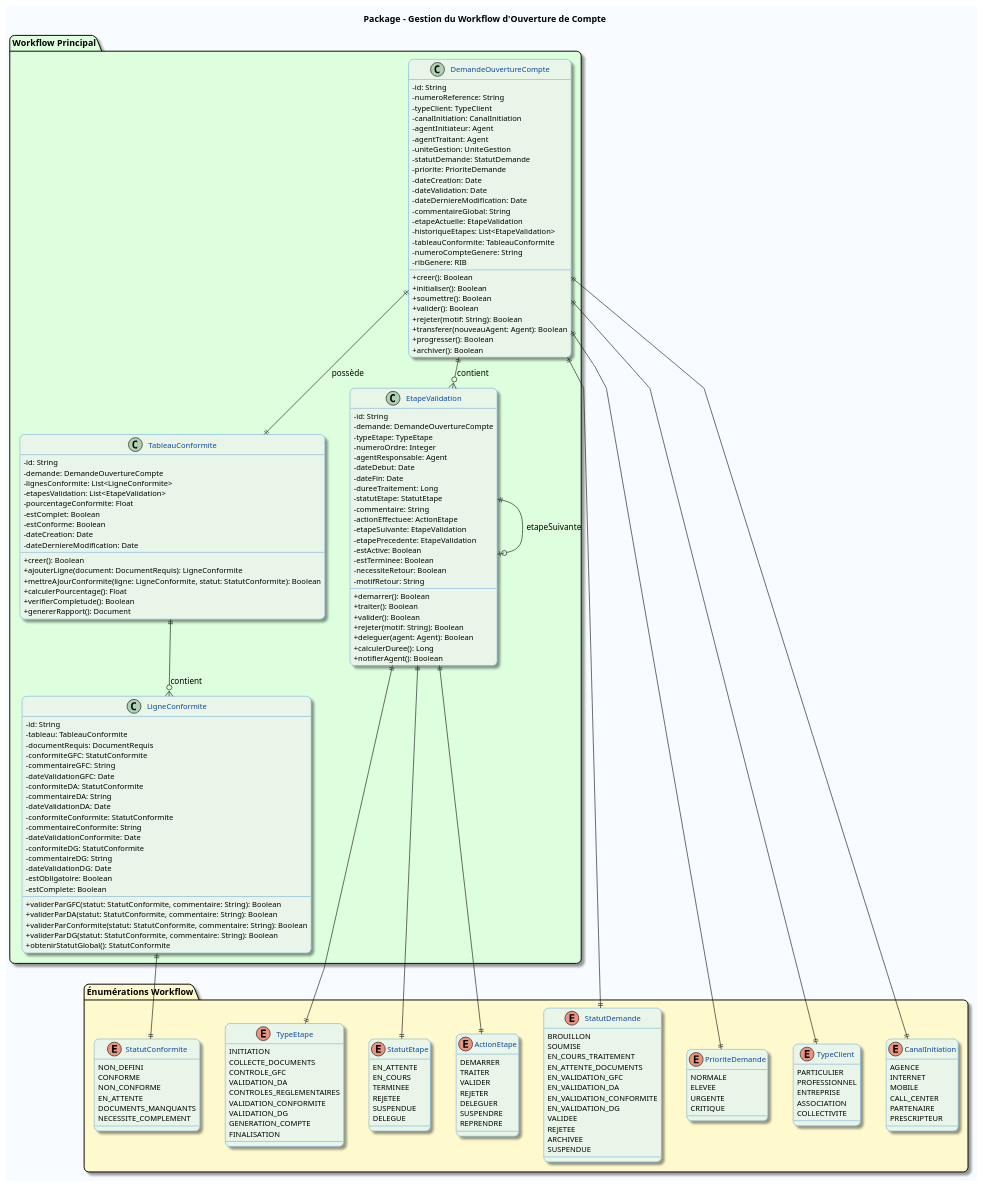
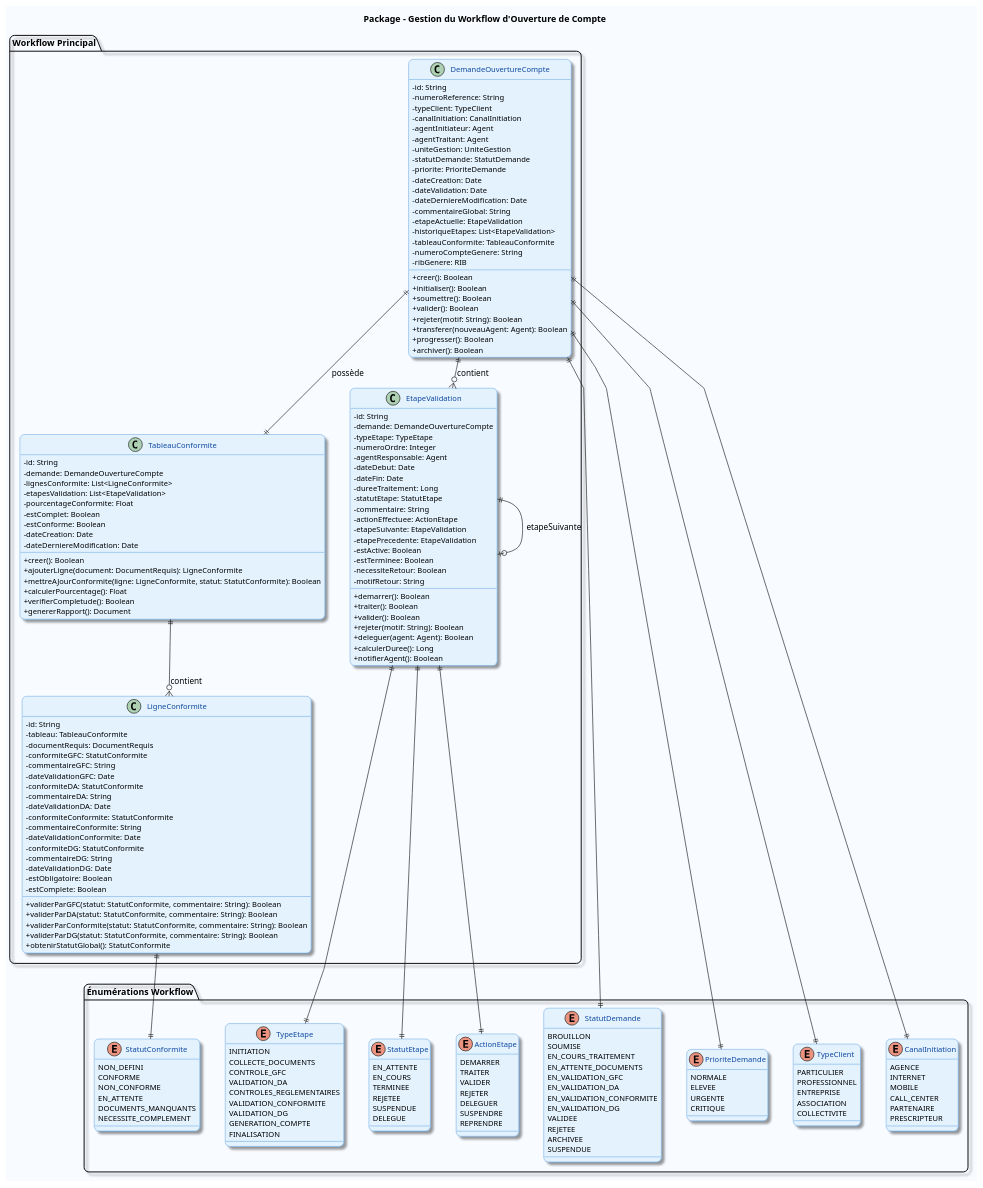
Before and after one commit to caranvalis/diagramePlantUml: the diagram in KYC ENTREE_EN_RELATION/DIAGRAMMES-CLASSE/01_GestionWorkflow.puml, drawn with PlantUML. The commit also changed 20 other files, not shown here.

Commit message:
mise a jour des diagrammes de classes

```diff
--- a/KYC ENTREE_EN_RELATION/DIAGRAMMES-CLASSE/01_GestionWorkflow.puml
+++ b/KYC ENTREE_EN_RELATION/DIAGRAMMES-CLASSE/01_GestionWorkflow.puml
@@ -1,7 +1,7 @@
 @startuml GestionWorkflow
 skinparam linetype polyline
 skinparam backgroundColor #F8FBFF
-skinparam classBackgroundColor #E8F5E8
+skinparam classBackgroundColor #E3F2FD
 skinparam classBorderColor #1976D2
 skinparam classFontColor #0D47A1
 skinparam classFontSize 13
@@ -15,7 +15,7 @@
 
 title Package - Gestion du Workflow d'Ouverture de Compte
 
-package "Workflow Principal" #DDFFDD {
+package "Workflow Principal" {
   class DemandeOuvertureCompte {
     - id: String
     - numeroReference: String
@@ -116,7 +116,7 @@
   }
 }
 
-package "Énumérations Workflow" #FFFACD {
+package "Énumérations Workflow" {
   enum StatutDemande {
     BROUILLON
     SOUMISE
```
